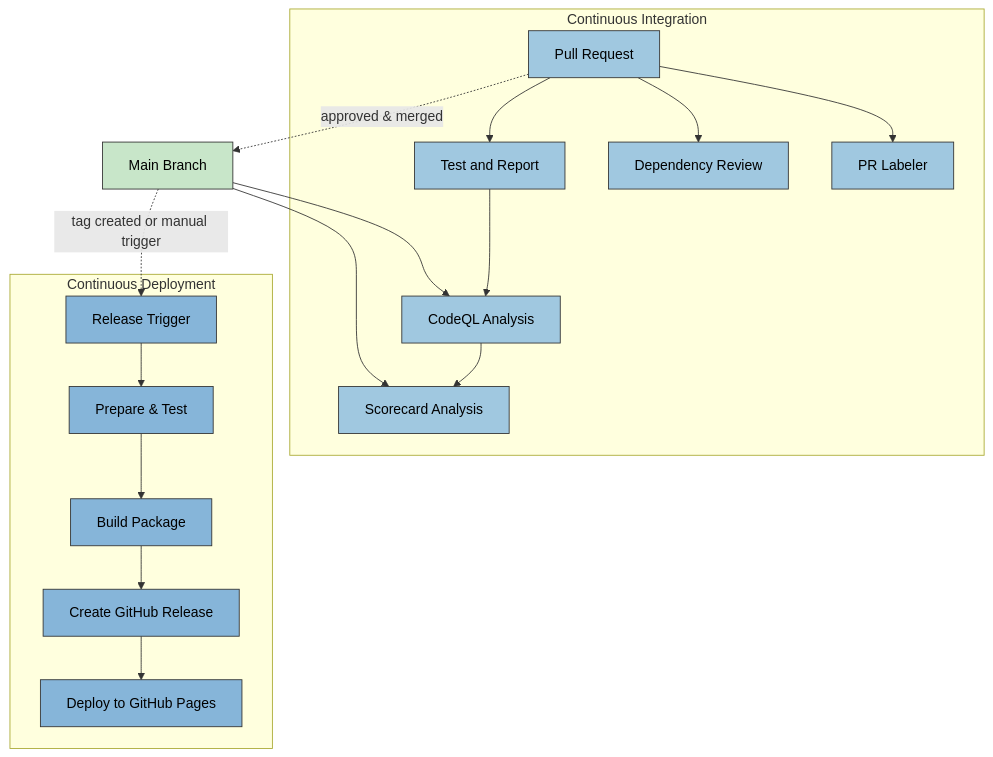
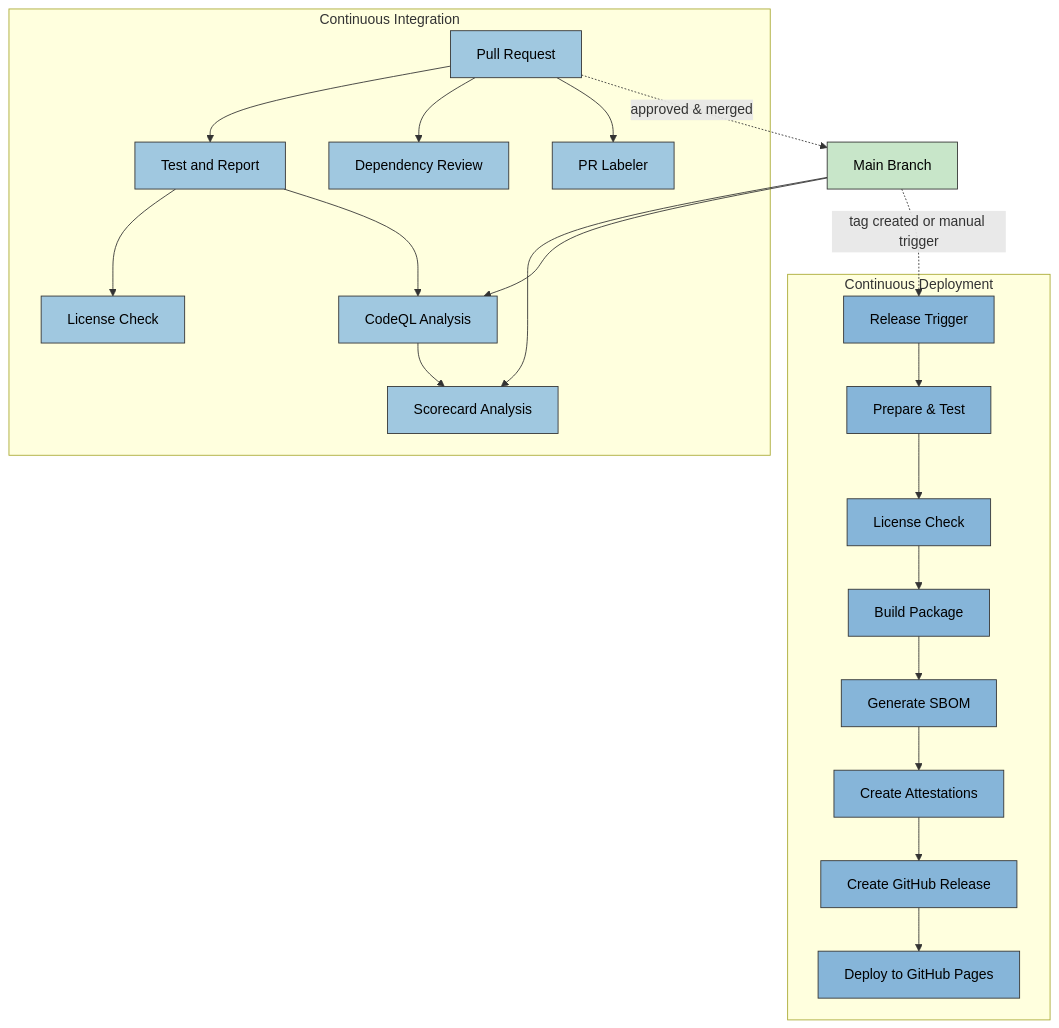
The first of 6 diagrams in docs/architecture/WORKFLOWS.md (Hack23/cia-compliance-manager), drawn with Mermaid before and after one commit. The commit also changed other lines of this file and 1 other file, not shown here.

````diff
--- a/docs/architecture/WORKFLOWS.md
+++ b/docs/architecture/WORKFLOWS.md
@@ -39,32 +40,37 @@
 ```mermaid
 flowchart TB
     subgraph "Continuous Integration"
         PR[Pull Request] --> TestReport[Test and Report]
         PR --> DependencyReview[Dependency Review]
         PR --> Labeler[PR Labeler]
+        TestReport --> LicenseCheck[License Check]
         TestReport --> CodeQL[CodeQL Analysis]
         CodeQL --> Scorecard[Scorecard Analysis]
     end
 
     subgraph "Continuous Deployment"
         Release[Release Trigger] --> BuildTest[Prepare & Test]
-        BuildTest --> Build[Build Package]
-        Build --> CreateRelease[Create GitHub Release]
+        BuildTest --> LicenseCheck2[License Check]
+        LicenseCheck2 --> Build[Build Package]
+        Build --> GenerateSBOM[Generate SBOM]
+        GenerateSBOM --> Attestations[Create Attestations]
+        Attestations --> CreateRelease[Create GitHub Release]
         CreateRelease --> DeployGHPages[Deploy to GitHub Pages]
     end
 
     PR -.-> |"approved & merged"| main[Main Branch]
     main --> Scorecard
     main --> CodeQL
     main -.-> |"tag created or manual trigger"| Release
 
     %% Cool color styling
     classDef integration fill:#a0c8e0,stroke:#333,stroke-width:1px,color:black
     classDef deployment fill:#86b5d9,stroke:#333,stroke-width:1px,color:black
     classDef process fill:#c8e6c9,stroke:#333,stroke-width:1px,color:black
     classDef trigger fill:#bbdefb,stroke:#333,stroke-width:1px,color:black
+    classDef security fill:#ffccbc,stroke:#333,stroke-width:1px,color:black
 
-    class PR,TestReport,DependencyReview,Labeler,CodeQL,Scorecard integration
-    class Release,BuildTest,Build,CreateRelease,DeployGHPages deployment
+    class PR,TestReport,DependencyReview,Labeler,CodeQL,Scorecard,LicenseCheck integration
+    class Release,BuildTest,Build,CreateRelease,DeployGHPages,LicenseCheck2,GenerateSBOM,Attestations deployment
     class main process
 ```
````
